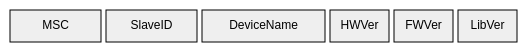
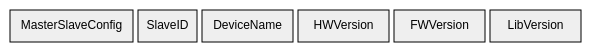
The first of 5 diagrams in protocol/frames/devices.md (sebaJoSt/blaeck-protocol), drawn with Mermaid before and after one commit. The commit also changed other lines of this file and 4 other files, not shown here.

First line of the commit message:
Use canonical element names in all Mermaid diagrams and tables

````diff
--- a/protocol/frames/devices.md
+++ b/protocol/frames/devices.md
@@ -11,15 +11,15 @@
 ```mermaid
 ---
 config:
   packet:
     showBits: false
-    bitsPerRow: 16
+    bitsPerRow: 18
 ---
 packet-beta
-  0-2: "MSC"
-  3-5: "SlaveID"
-  6-9: "DeviceName"
-  10-11: "HWVer"
-  12-13: "FWVer"
-  14-15: "LibVer"
+  0-3: "MasterSlaveConfig"
+  4-5: "SlaveID"
+  6-8: "DeviceName"
+  9-11: "HWVersion"
+  12-14: "FWVersion"
+  15-17: "LibVersion"
 ```
````
